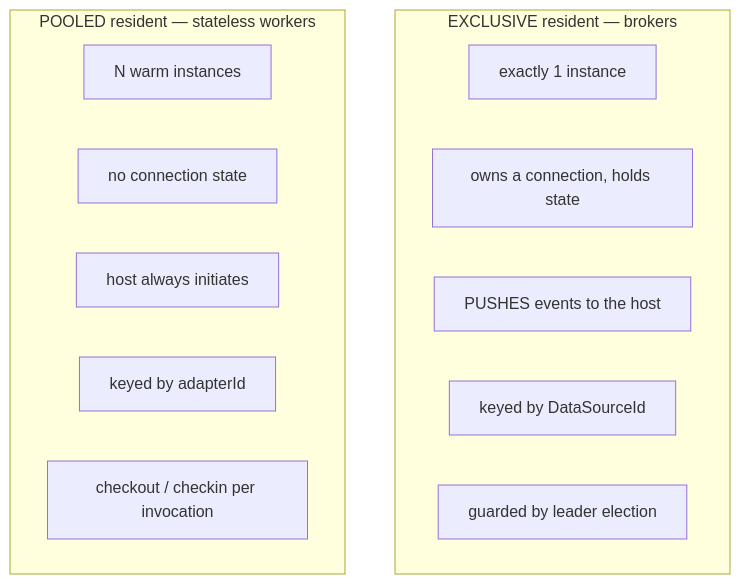
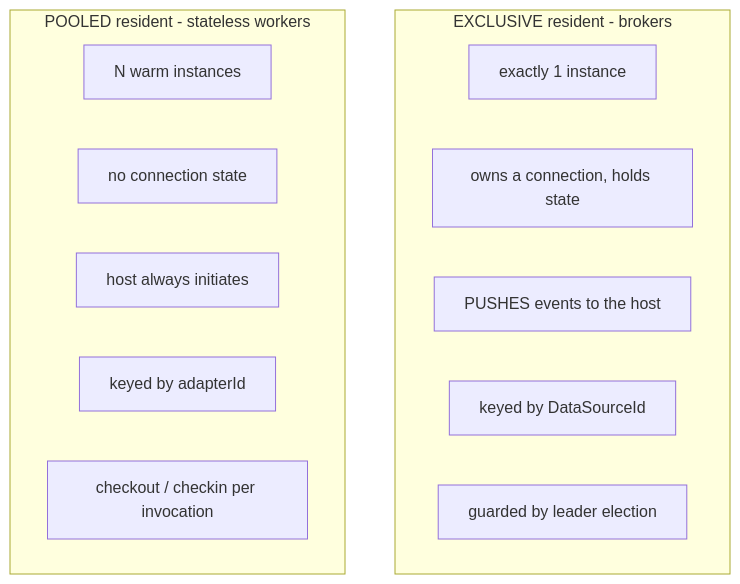
One commit to simplify9/Bitween-api changed diagram 28 of 34 in docs/design/resident-adapters-design.md. Above: the diagram before and after it, drawn with Mermaid. The commit also changed other lines of this file and 768 other files, not shown here.

````diff
--- a/docs/design/resident-adapters-design.md
+++ b/docs/design/resident-adapters-design.md
@@ -1397,17 +1397,17 @@
 ```mermaid
 flowchart TB
-    subgraph EX["EXCLUSIVE resident — brokers"]
+    subgraph EX["EXCLUSIVE resident - brokers"]
         E1["exactly 1 instance"]
         E2["owns a connection, holds state"]
         E3["PUSHES events to the host"]
         E4["keyed by DataSourceId"]
         E5["guarded by leader election"]
     end
-    subgraph PO["POOLED resident — stateless workers"]
+    subgraph PO["POOLED resident - stateless workers"]
         P1["N warm instances"]
         P2["no connection state"]
         P3["host always initiates"]
         P4["keyed by adapterId"]
         P5["checkout / checkin per invocation"]
     end
 ```
````
